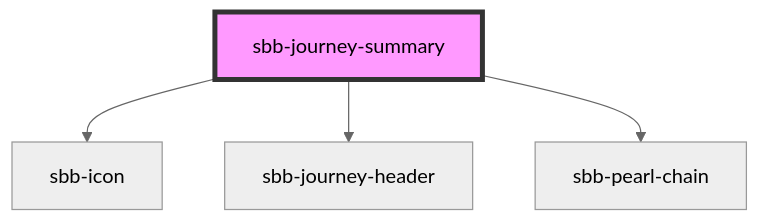
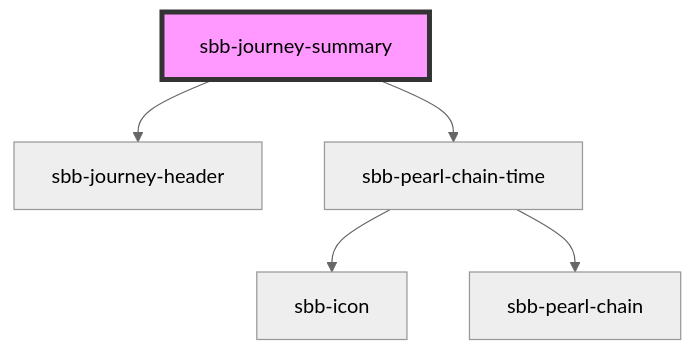
One commit to sbb-design-systems/lyne-components changed the diagram in src/components/sbb-journey-summary/readme.md. Above: the diagram before and after it, drawn with Mermaid (neutral theme). The commit also changed other lines of this file and 7 other files, not shown here.

Commit message:
feat: use pearl-chain-time in journey-summary

````diff
--- a/src/components/sbb-journey-summary/readme.md
+++ b/src/components/sbb-journey-summary/readme.md
@@ -30,7 +29,8 @@
 ```mermaid
 graph TD;
-  sbb-journey-summary --> sbb-icon
   sbb-journey-summary --> sbb-journey-header
-  sbb-journey-summary --> sbb-pearl-chain
+  sbb-journey-summary --> sbb-pearl-chain-time
+  sbb-pearl-chain-time --> sbb-icon
+  sbb-pearl-chain-time --> sbb-pearl-chain
   style sbb-journey-summary fill:#f9f,stroke:#333,stroke-width:4px
 ```
````
